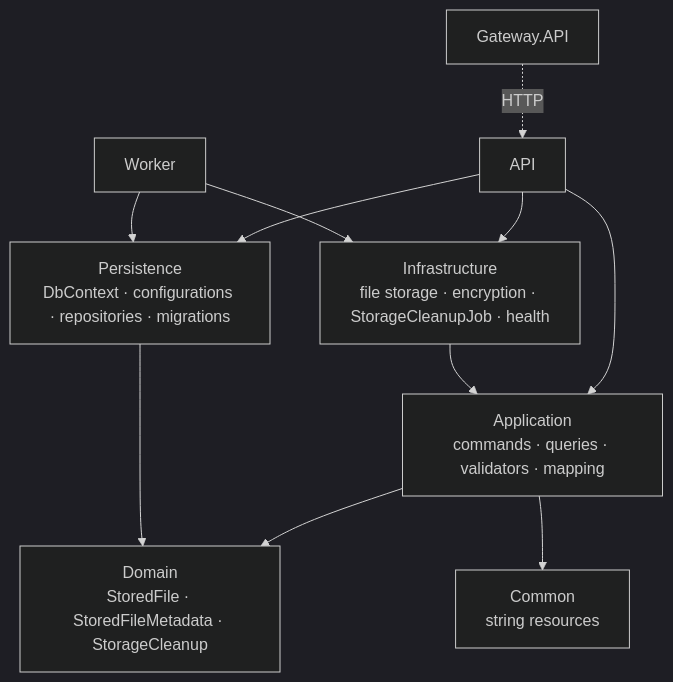
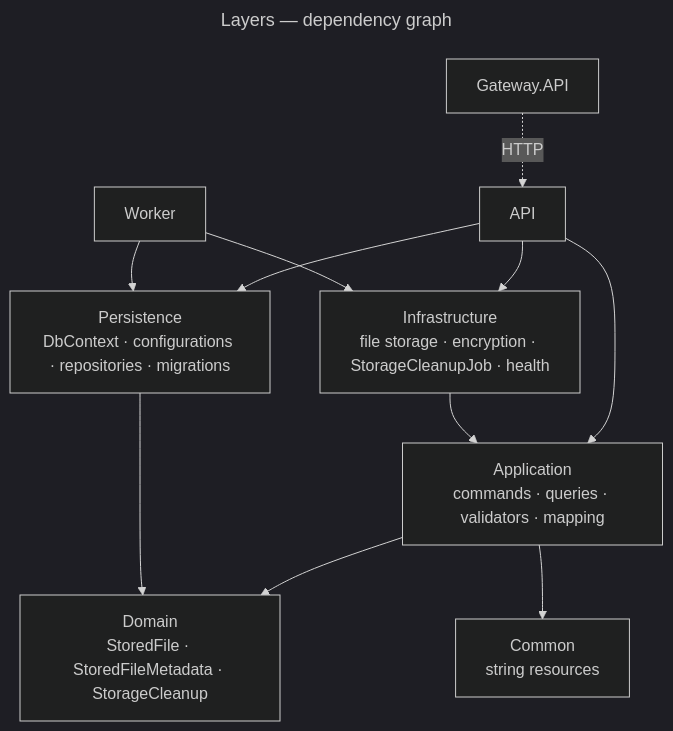
Before and after one commit to gmetskhvarishvili/GM.FileStorage.Samples: the second of 3 diagrams in docs/architecture.md, drawn with Mermaid (dark theme). The commit also changed other lines of this file and 7 other files, not shown here.

First line of the commit message:
docs: name every diagram "subject — kind" and index them

````diff
--- a/docs/architecture.md
+++ b/docs/architecture.md
@@ -54,22 +60,25 @@
 ```mermaid
+---
+title: Layers — dependency graph
+---
 flowchart TB
     gateway[Gateway.API]
     apiHost[API]
     workerHost[Worker]
     app[Application<br/>commands · queries · validators · mapping]
     infra[Infrastructure<br/>file storage · encryption · StorageCleanupJob · health]
     pers[Persistence<br/>DbContext · configurations · repositories · migrations]
     domain[Domain<br/>StoredFile · StoredFileMetadata · StorageCleanup]
     common[Common<br/>string resources]
 
     gateway -. HTTP .-> apiHost
     apiHost --> app
     apiHost --> infra
     apiHost --> pers
     workerHost --> infra
     workerHost --> pers
     infra --> app
     app --> domain
     pers --> domain
     app --> common
 ```
````
